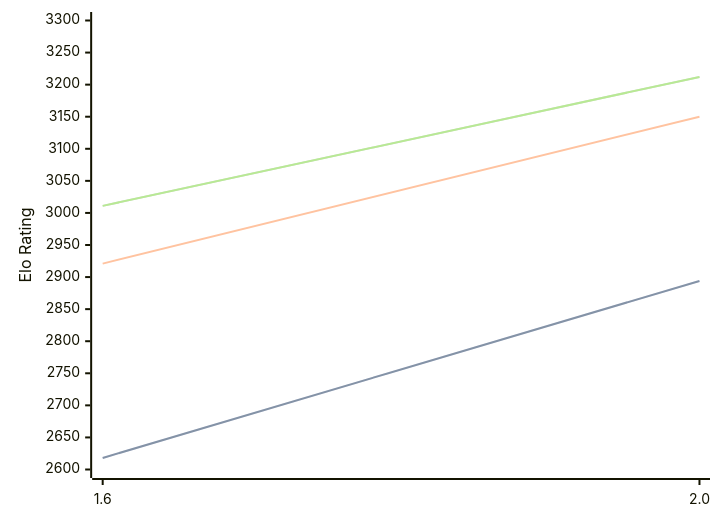
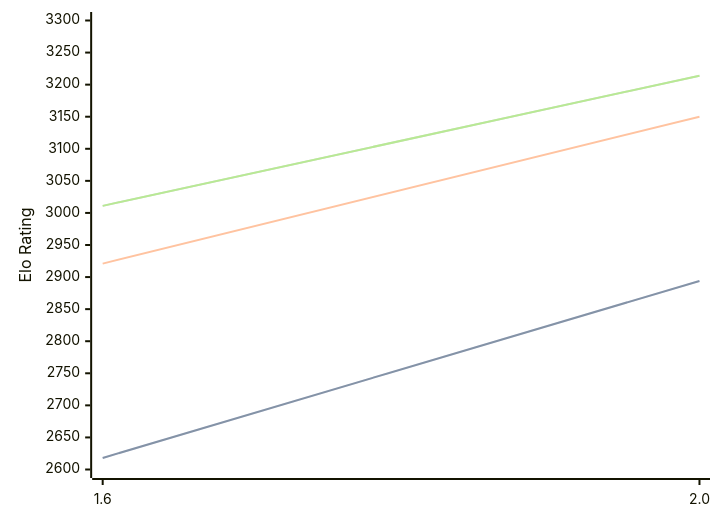
The diagram in engines/Onyx.md (computer-chess-index/cci), drawn with Mermaid before and after one commit. The commit also changed other lines of this file, not shown here.

Commit message:
Update CCI Ratings (ELO VLTC) - 2026-07-30

````diff
--- a/engines/Onyx.md
+++ b/engines/Onyx.md
@@ -32,11 +32,11 @@
 ```mermaid
 %%{init: {"theme":"base","themeVariables":{"seriesColors:['#a3a3a3','#222221','#faa371']}}}%%
 xychart-beta
   x-axis ["1.6", "2.0"]
   y-axis "Elo Rating" 2600 --> 3300
   line "STC (8.0+0.08s)" [2618, 2894]
   line "STC (8.0+0.08s)" [2618, 2894]
   line "LTC (60.0+0.60s)" [2921, 3150]
-  line "VLTC (2m24s+1.12s)" [3011, 3212]
-  line "VLTC (2m24s+1.12s)" [3011, 3212]
+  line "VLTC (2m24s+1.12s)" [3011, 3214]
+  line "VLTC (2m24s+1.12s)" [3011, 3214]
 ```
````
